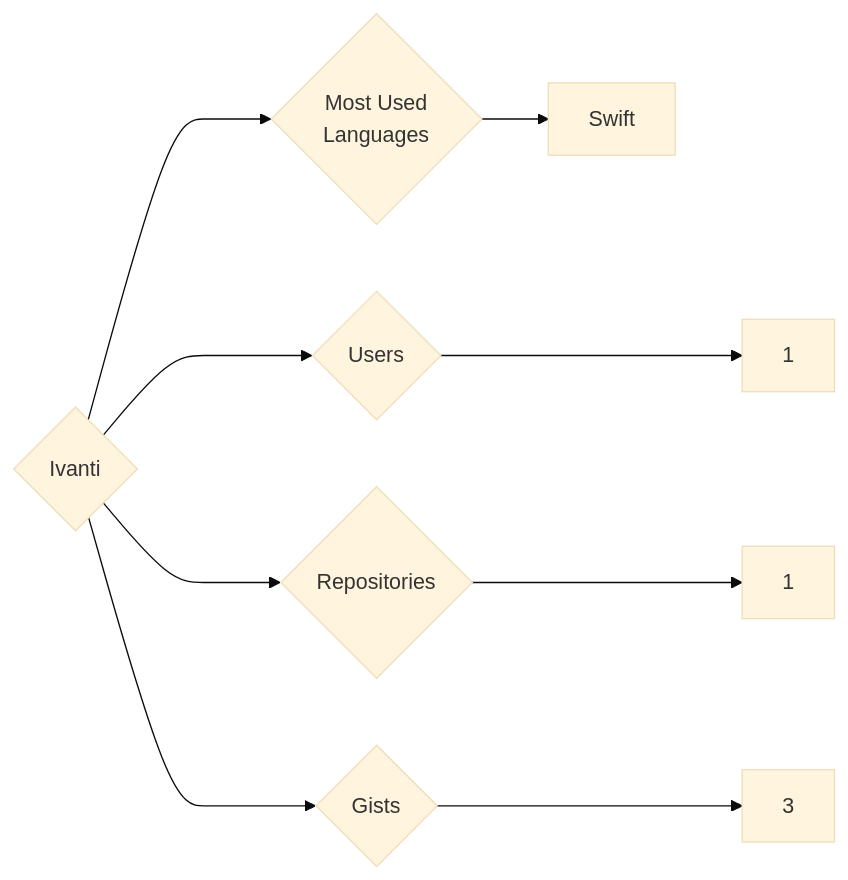
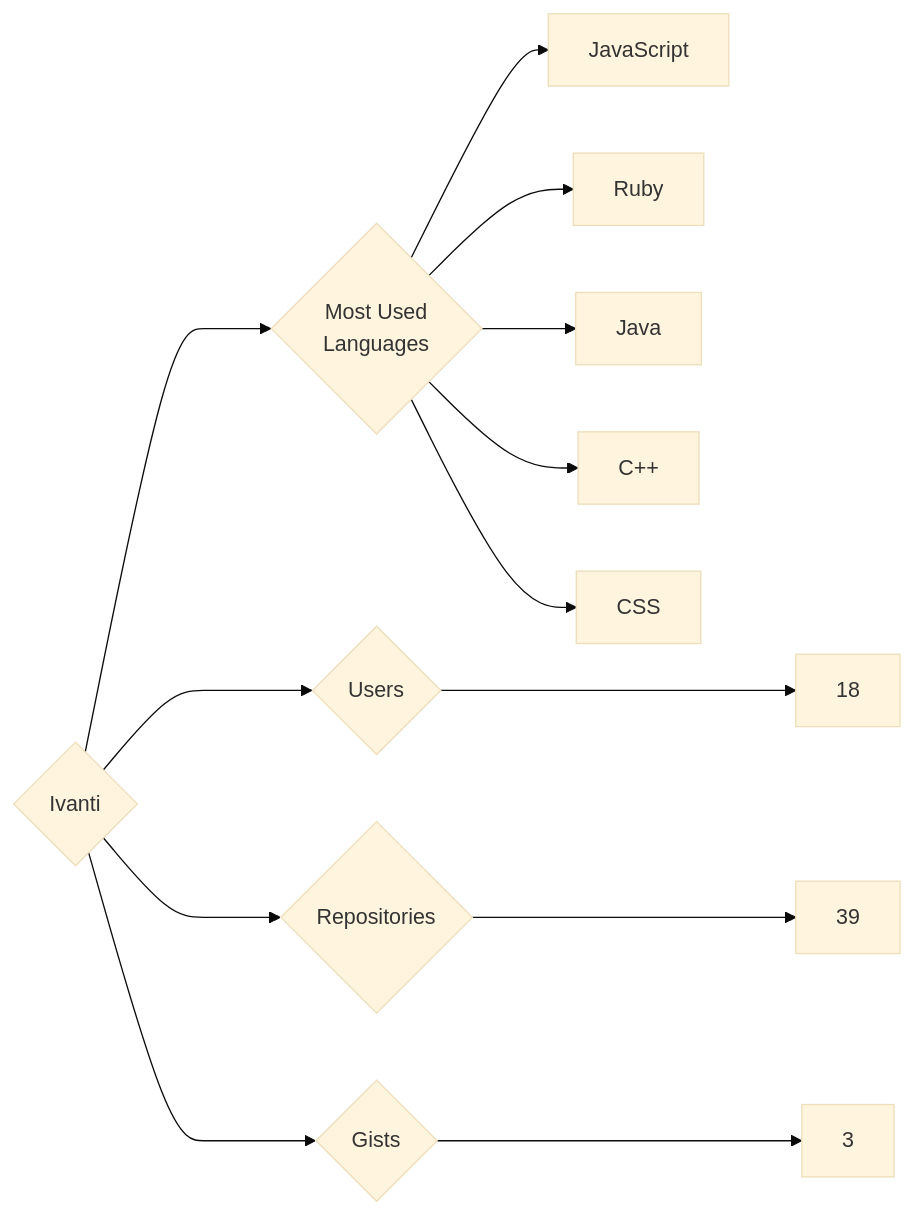
Before and after one commit to trickest/insiders: the diagram in targets/Ivanti/README.md, drawn with Mermaid (base theme). The commit also changed 874 other files, not shown here.

````diff
--- a/targets/Ivanti/README.md
+++ b/targets/Ivanti/README.md
@@ -3,9 +3,13 @@
 ```mermaid
 graph LR
 COMPANY_NAME{Ivanti}
-COMPANY_NAME ---> U{Users} ---> UN[1]
-COMPANY_NAME ---> R{Repositories} ---> RN[1]
+COMPANY_NAME ---> U{Users} ---> UN[18]
+COMPANY_NAME ---> R{Repositories} ---> RN[39]
 COMPANY_NAME ---> G{Gists} ---> GN[3]
 COMPANY_NAME ---> ML{Most Used<br>Languages}
-ML --> Swift[Swift]
+ML --> JavaScript[JavaScript]
+ML --> Ruby[Ruby]
+ML --> Java[Java]
+ML --> C++[C++]
+ML --> CSS[CSS]
 ```
````
